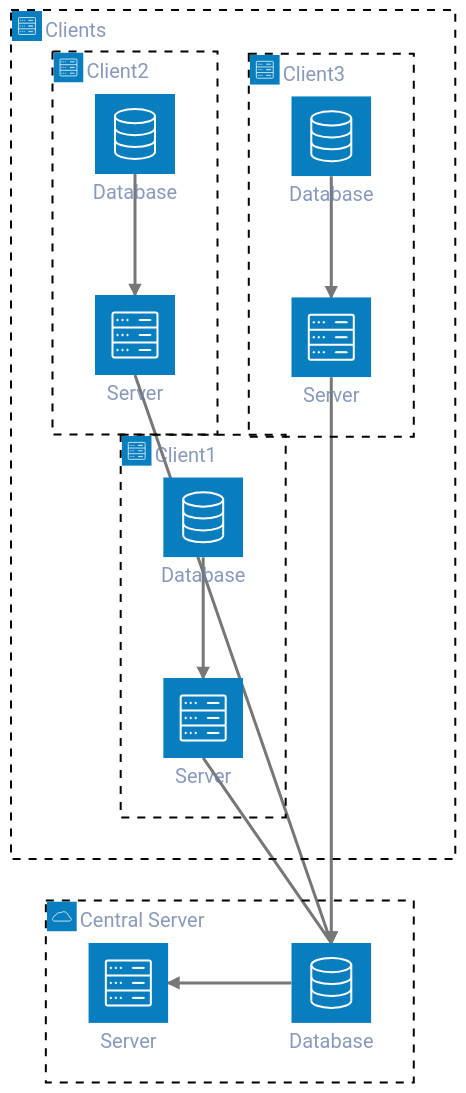
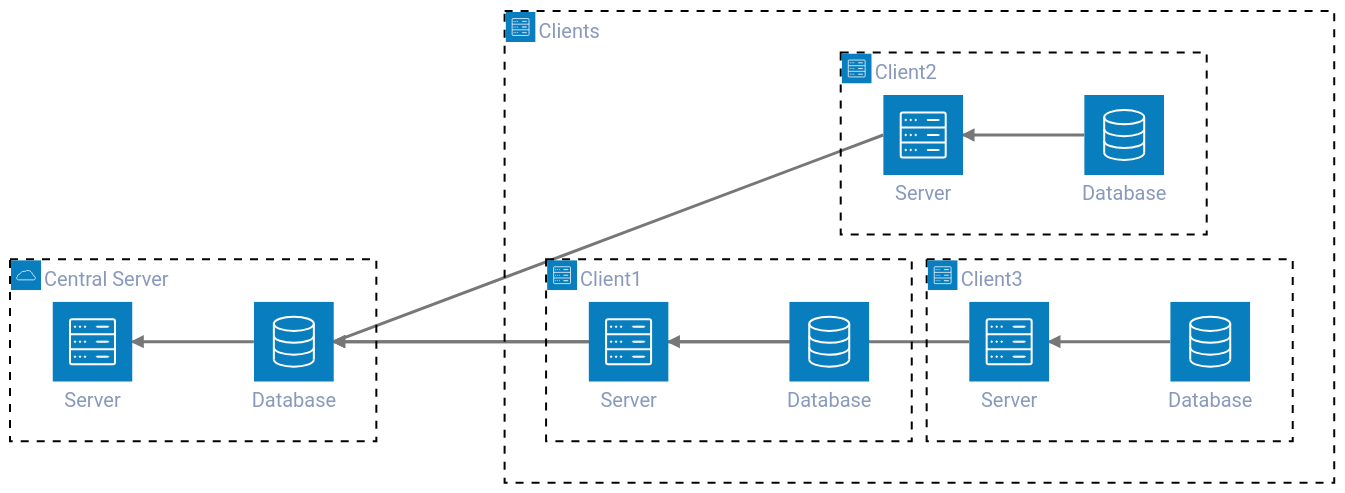
Before and after one commit to ynk-samez/notes: the diagram in Public-key Cryptography.md, drawn with Mermaid. The commit also changed 1 other file, not shown here.

````diff
--- a/Public-key Cryptography.md
+++ b/Public-key Cryptography.md
@@ -1,36 +1,33 @@
 ```mermaid
 %%{init:{'theme':'base','themeVariables':{'primaryColor':'#6A7FAB','primaryTextColor':'#FAFBF9','primaryBorderColor':'#6A7FAB','lineColor':'#6A7FABCC','textColor':'#6A7FABCC','fontSize':'20px'}}}%%
 architecture-beta
     %% =========================
     %% Federated Learning (FL)
     %% =========================
-
-    group api(cloud)[Central Server]
-		service db(database)[Database] in api
-		service server(server)[Server] in api
-		
-		db:L-->R:server
 		
 	group clients(server)[Clients]
 		group client1(server)[Client1] in clients
 			service db_client1(database)[Database] in client1
 			service server_client1(server)[Server] in client1
 		group client2(server)[Client2] in clients
 			service db_client2(database)[Database] in client2
 			service server_client2(server)[Server] in client2
 		group client3(server)[Client3] in clients
 			service db_client3(database)[Database] in client3
 			service server_client3(server)[Server] in client3
-			db_client1:B-->T:server_client1
 			
-			db_client2:B-->T:server_client2
+	group api(cloud)[Central Server]
+		service db(database)[Database] in api
+		service server(server)[Server] in api
+		
+		
+			db_client1:L-->R:server_client1
+			db_client2:L-->R:server_client2
+			db_client3:L-->R:server_client3
 			
-			db_client3:B-->T:server_client3
-			
-			server_client1:B-->T:db
-			
-			server_client2:B-->T:db
-			
-			server_client3:B-->T:db
+			server_client1:L-->R:db
+			server_client2:L-->R:db
+			server_client3:L-->R:db
+		db:L-->R:server
 			
 ```
````
